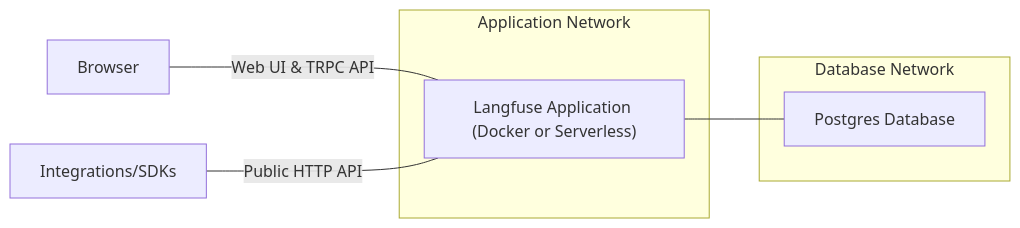
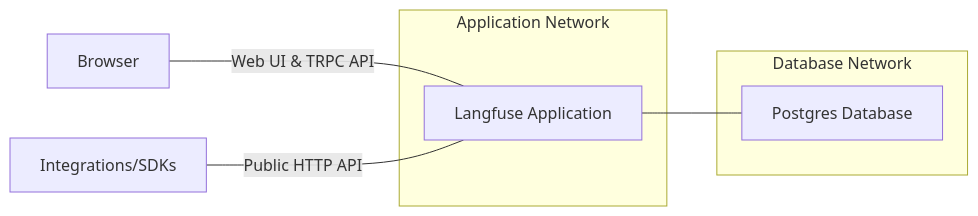
Before and after one commit to MohsinCreed/LangfuseOllama: the third of 3 diagrams in CONTRIBUTING.md, drawn with Mermaid. The commit also changed other lines of this file, not shown here.

````diff
--- a/CONTRIBUTING.md
+++ b/CONTRIBUTING.md
@@ -114,12 +163,12 @@
 ```mermaid
 flowchart LR
    Browser ---|Web UI & TRPC API| App
    Integrations/SDKs ---|Public HTTP API| App
    subgraph i1["Application Network"]
-      App["Langfuse Application (Docker or Serverless)"]
+      App["Langfuse Application"]
    end
    subgraph i2["Database Network"]
       DB["Postgres Database"]
    end
    App --- DB
 ```
````
